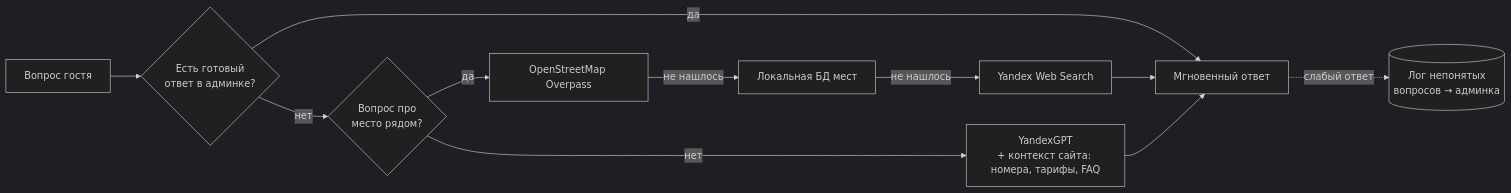
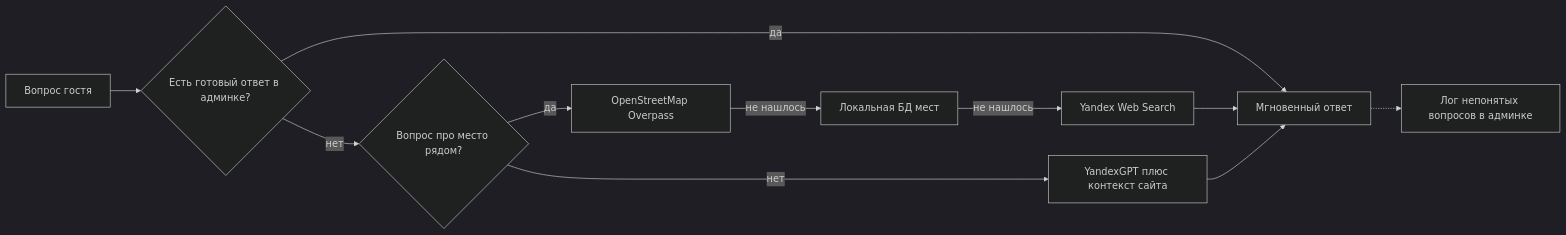
Before and after one commit to MiralSNk/recepto: the first of 2 diagrams in README.md, drawn with Mermaid (dark theme). The commit also changed other lines of this file, not shown here.

First line of the commit message:
Упрощён синтаксис mermaid-диаграмм — GitHub не рендерил их

````diff
--- a/README.md
+++ b/README.md
@@ -41,13 +41,13 @@
 ```mermaid
 flowchart LR
-    A[Вопрос гостя] --> B{Есть готовый<br/>ответ в админке?}
+    A[Вопрос гостя] --> B{Есть готовый ответ в админке?}
     B -- да --> Z[Мгновенный ответ]
-    B -- нет --> C{Вопрос про<br/>место рядом?}
+    B -- нет --> C{Вопрос про место рядом?}
     C -- да --> D[OpenStreetMap Overpass]
     D -->|не нашлось| E[Локальная БД мест]
     E -->|не нашлось| F[Yandex Web Search]
-    C -- нет --> G[YandexGPT<br/>+ контекст сайта: номера, тарифы, FAQ]
+    C -- нет --> G[YandexGPT плюс контекст сайта]
     F --> Z
     G --> Z
-    Z -.слабый ответ.-> H[(Лог непонятых<br/>вопросов → админка)]
+    Z -.-> H[Лог непонятых вопросов в админке]
 ```
````
